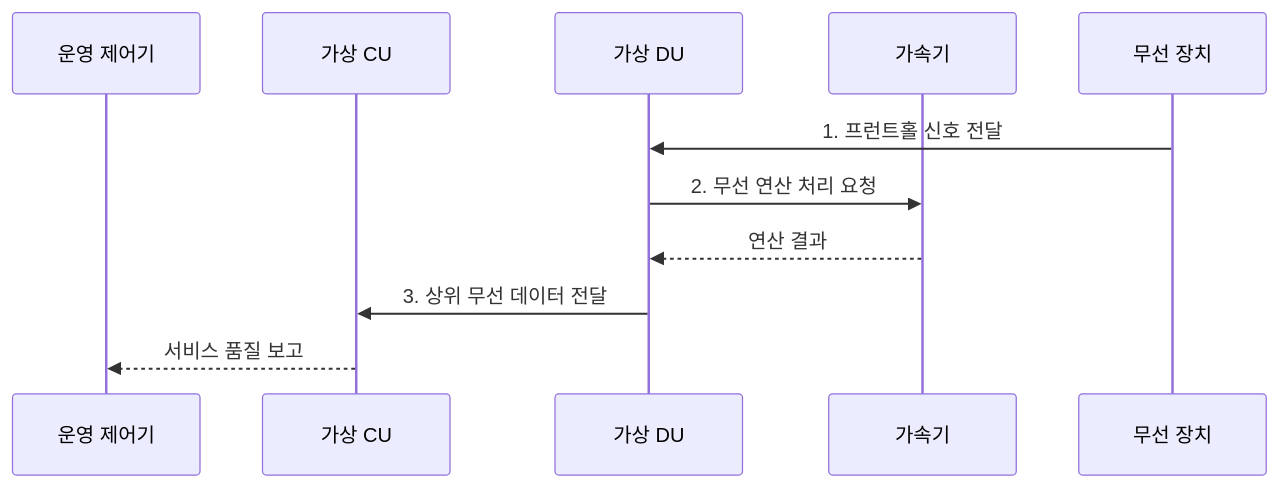
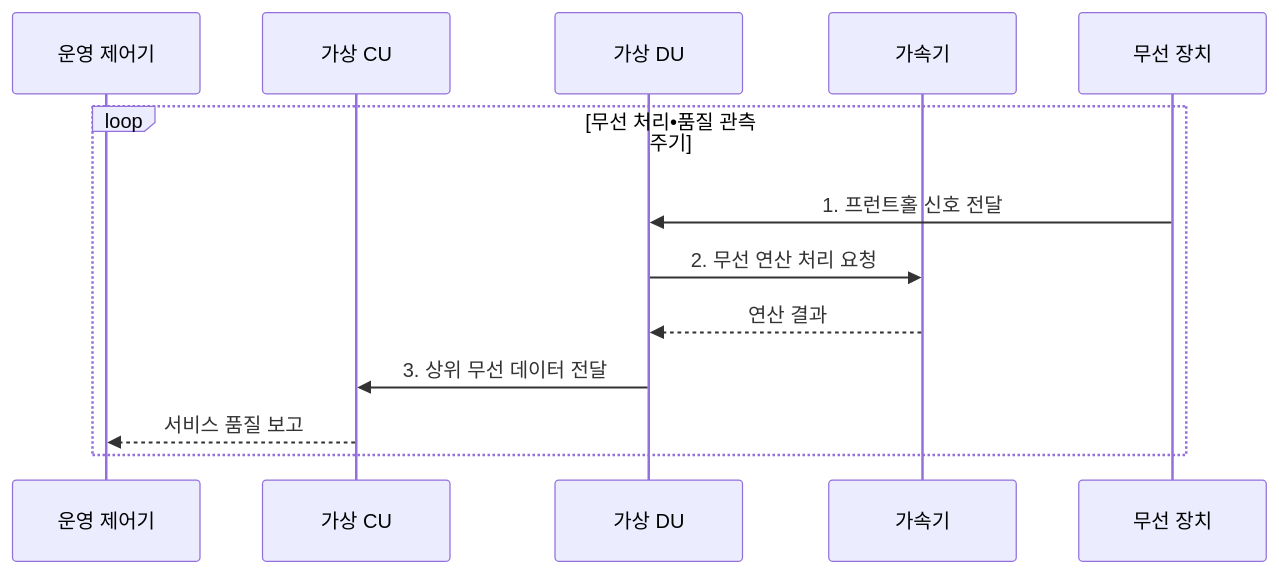
One commit to agnusdei1207/knowledge-base changed the second of 2 diagrams in src/content/docs/notes/04-network/112_virtual_ran.md. Above: the diagram before and after it, drawn with Mermaid. The commit also changed other lines of this file and 11 other files, not shown here.

````diff
--- a/src/content/docs/notes/04-network/112_virtual_ran.md
+++ b/src/content/docs/notes/04-network/112_virtual_ran.md
@@ -111,13 +111,15 @@
 ```mermaid
 sequenceDiagram
   participant O as 운영 제어기
   participant C as 가상 CU
   participant D as 가상 DU
   participant A as 가속기
   participant R as 무선 장치
-  R->>D: 1. 프런트홀 신호 전달
-  D->>A: 2. 무선 연산 처리 요청
-  A-->>D: 연산 결과
-  D->>C: 3. 상위 무선 데이터 전달
-  C-->>O: 서비스 품질 보고
+  loop 무선 처리•품질 관측 주기
+    R->>D: 1. 프런트홀 신호 전달
+    D->>A: 2. 무선 연산 처리 요청
+    A-->>D: 연산 결과
+    D->>C: 3. 상위 무선 데이터 전달
+    C-->>O: 서비스 품질 보고
+  end
 ```
````
